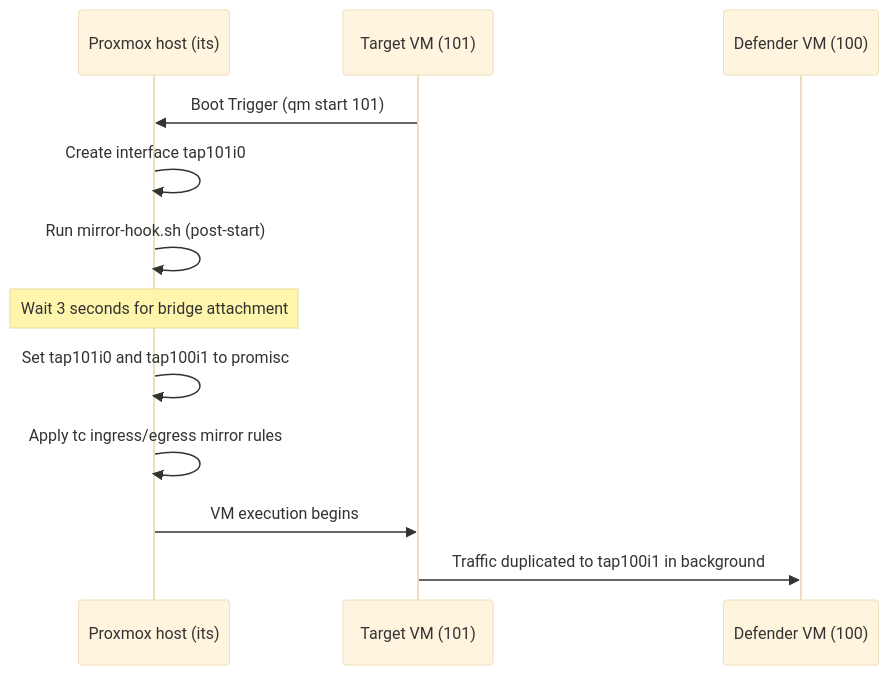
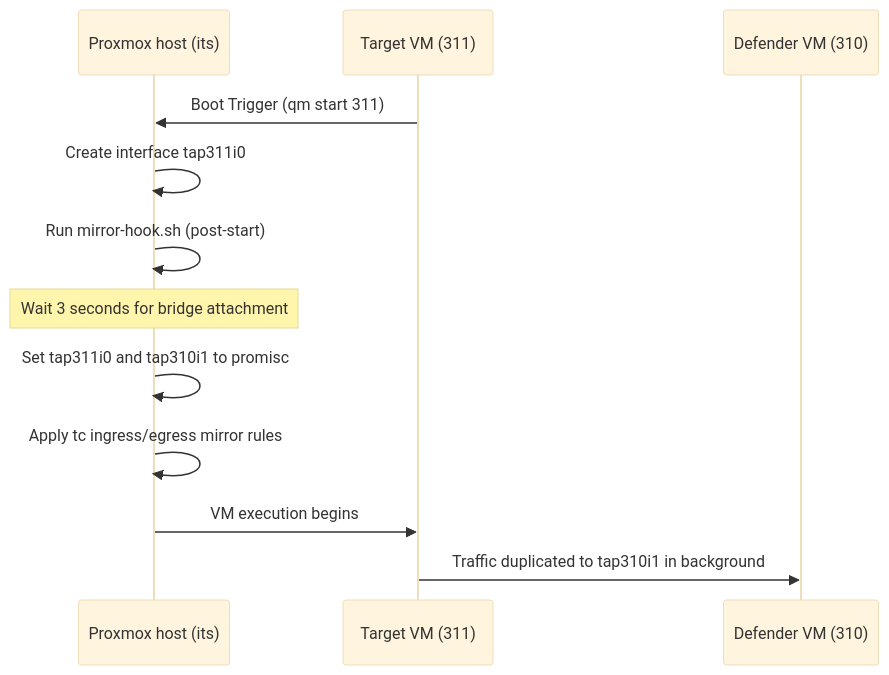
The fourth of 4 diagrams in docs/04_deployment_walkthrough.md (rhaffle87/fl-cl), drawn with Mermaid (base theme) before and after one commit. The commit also changed other lines of this file and 20 other files, not shown here.

````diff
--- a/docs/04_deployment_walkthrough.md
+++ b/docs/04_deployment_walkthrough.md
@@ -186,15 +186,15 @@
 ```mermaid
 sequenceDiagram
     participant PVE as Proxmox host (its)
-    participant VM101 as Target VM (101)
-    participant VM100 as Defender VM (100)
+    participant VM311 as Target VM (311)
+    participant VM310 as Defender VM (310)
 
-    VM101->>PVE: Boot Trigger (qm start 101)
-    PVE->>PVE: Create interface tap101i0
+    VM311->>PVE: Boot Trigger (qm start 311)
+    PVE->>PVE: Create interface tap311i0
     PVE->>PVE: Run mirror-hook.sh (post-start)
     Note over PVE: Wait 3 seconds for bridge attachment
-    PVE->>PVE: Set tap101i0 and tap100i1 to promisc
+    PVE->>PVE: Set tap311i0 and tap310i1 to promisc
     PVE->>PVE: Apply tc ingress/egress mirror rules
-    PVE->>VM101: VM execution begins
-    VM101->>VM100: Traffic duplicated to tap100i1 in background
+    PVE->>VM311: VM execution begins
+    VM311->>VM310: Traffic duplicated to tap310i1 in background
 ```
````
